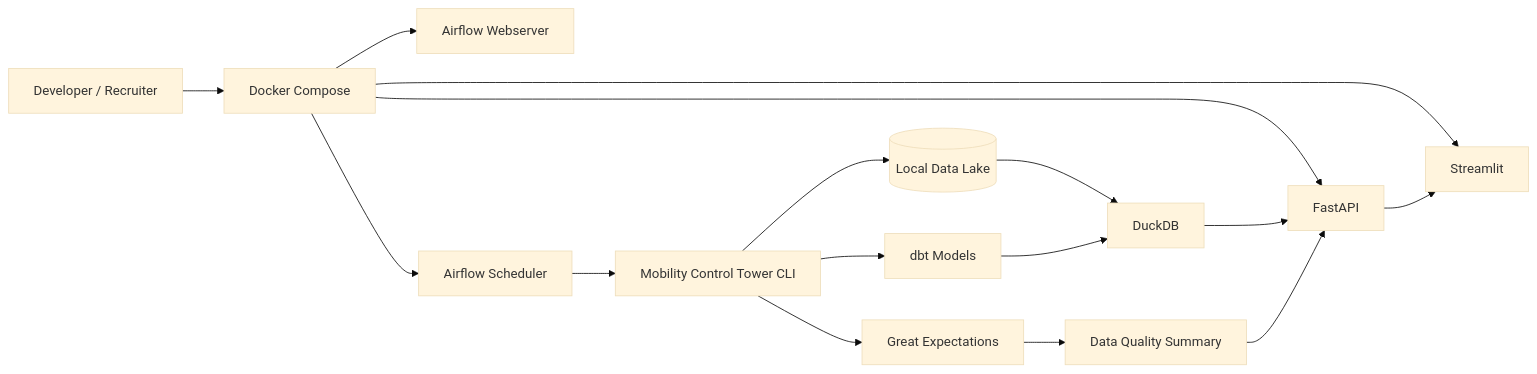
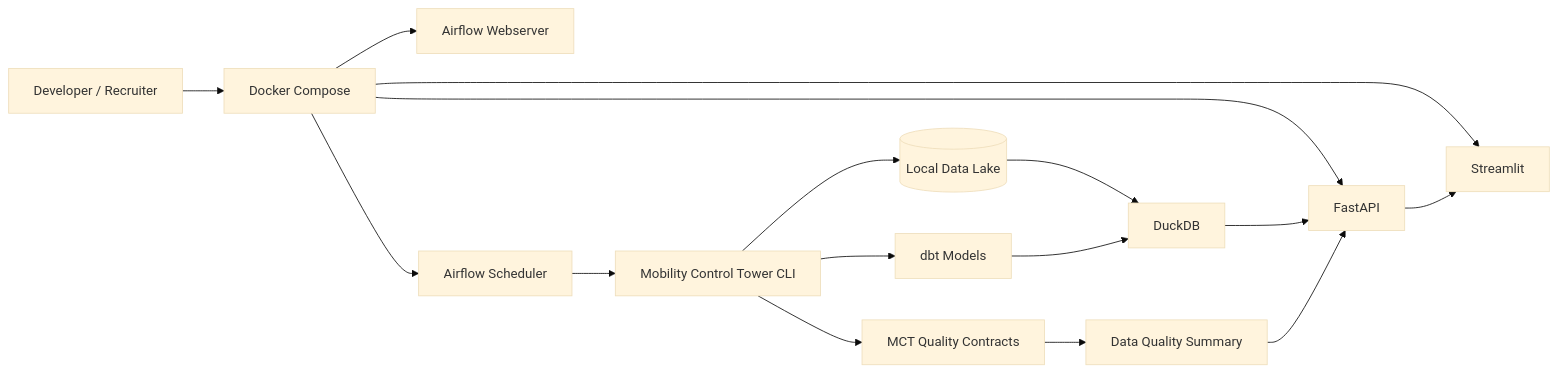
Before and after one commit to KYoussefAI/Mobility_Control_Tower: the diagram in docs/architecture/overall_architecture.md, drawn with Mermaid (base theme). The commit also changed other lines of this file and 206 other files, not shown here.

````diff
--- a/docs/architecture/overall_architecture.md
+++ b/docs/architecture/overall_architecture.md
@@ -3,20 +3,20 @@
 ```mermaid
 flowchart LR
     DEV[Developer / Recruiter] --> DOCKER[Docker Compose]
     DOCKER --> API[FastAPI]
     DOCKER --> DASH[Streamlit]
     DOCKER --> AFW[Airflow Webserver]
     DOCKER --> AFS[Airflow Scheduler]
 
     AFS --> CLI[Mobility Control Tower CLI]
     CLI --> DATA[(Local Data Lake)]
     DATA --> DUCK[DuckDB]
     DUCK --> API
     API --> DASH
 
     CLI --> DBT[dbt Models]
-    CLI --> GE[Great Expectations]
+    CLI --> QC[MCT Quality Contracts]
     DBT --> DUCK
-    GE --> QUALITY[Data Quality Summary]
+    QC --> QUALITY[Data Quality Summary]
     QUALITY --> API
 ```
````
